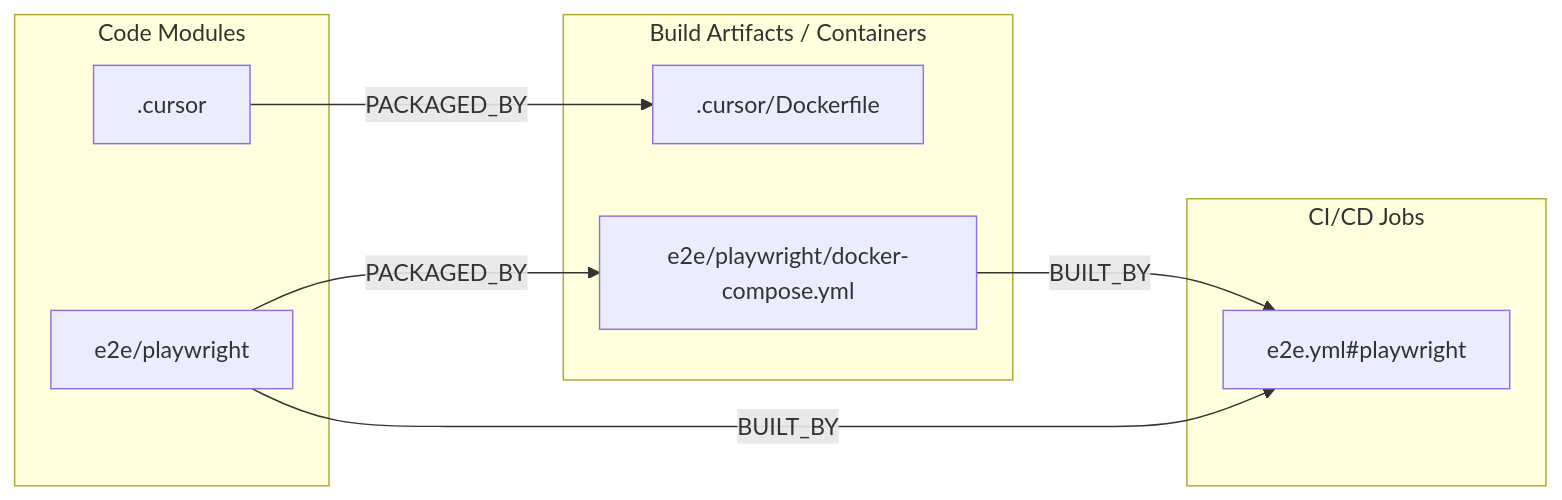
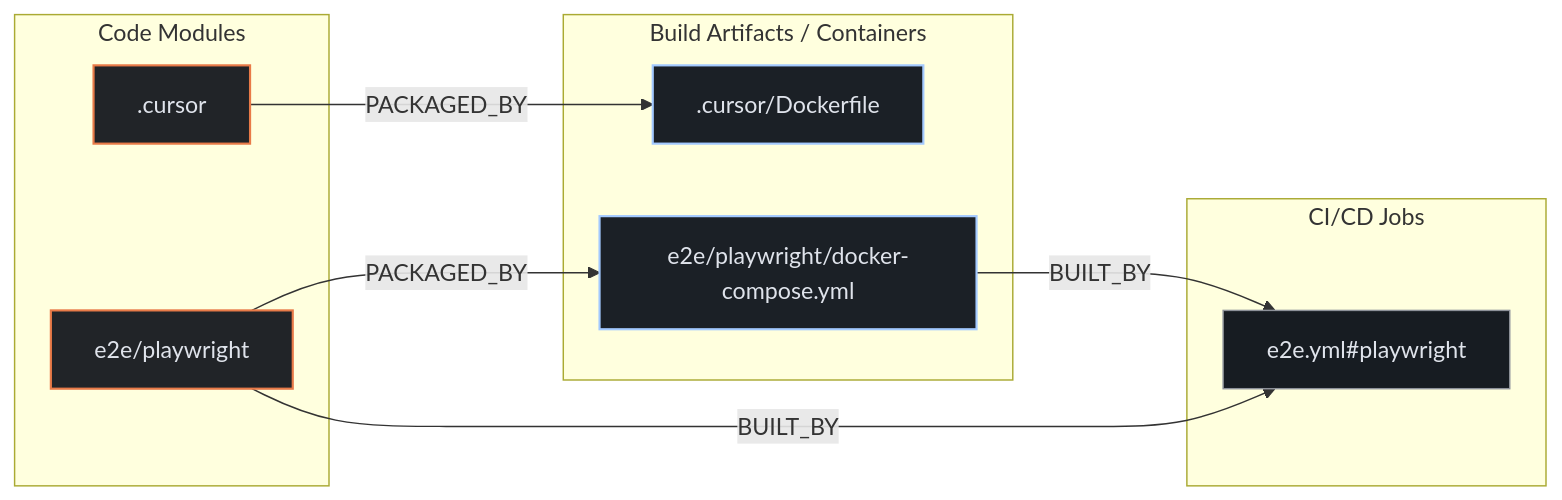
One commit to kumarshaz/atruss-code-atlas changed the second of 3 diagrams in exports/latest/reports/mattermost-mattermost-plugin-wrangler-report.md. Above: the diagram before and after it, drawn with Mermaid. The commit also changed other lines of this file and 331 other files, not shown here.

Commit message:
docs,ui,fix: update SDLC docs, reorder CI/CD DAG first, stylize Mermaid, and fix Arc42 pipeline topology

````diff
--- a/exports/latest/reports/mattermost-mattermost-plugin-wrangler-report.md
+++ b/exports/latest/reports/mattermost-mattermost-plugin-wrangler-report.md
@@ -112,18 +119,22 @@
 ```mermaid
 flowchart LR
+    classDef atlasCategory fill:#212428,stroke:#E87A48,stroke-width:1.5px,color:#dfe3eb
+    classDef atlasWorkflow fill:#1b2026,stroke:#a3c9ff,stroke-width:1.5px,color:#dfe3eb
+    classDef atlasJob fill:#171c22,stroke:#8d9199,stroke-width:1px,color:#dfe3eb
+    classDef atlasTarget fill:#005227,stroke:#8bd99b,stroke-width:1.5px,color:#a7f6b6
     subgraph code_modules["Code Modules"]
-        mod__cursor[".cursor"]
-        mod_e2e_playwright["e2e/playwright"]
+        mod__cursor[".cursor"]:::atlasCategory
+        mod_e2e_playwright["e2e/playwright"]:::atlasCategory
     end
     subgraph build_artifacts["Build Artifacts / Containers"]
-        art__cursor_Dockerfile[".cursor/Dockerfile"]
-        art_e2e_playwright_docker_compose_yml["e2e/playwright/docker-compose.yml"]
+        art__cursor_Dockerfile[".cursor/Dockerfile"]:::atlasWorkflow
+        art_e2e_playwright_docker_compose_yml["e2e/playwright/docker-compose.yml"]:::atlasWorkflow
     end
     subgraph ci_jobs["CI/CD Jobs"]
-        job_e2e_yml_playwright["e2e.yml#playwright"]
+        job_e2e_yml_playwright["e2e.yml#playwright"]:::atlasJob
     end
     mod__cursor -->|PACKAGED_BY| art__cursor_Dockerfile
     mod_e2e_playwright -->|BUILT_BY| job_e2e_yml_playwright
     mod_e2e_playwright -->|PACKAGED_BY| art_e2e_playwright_docker_compose_yml
     art_e2e_playwright_docker_compose_yml -->|BUILT_BY| job_e2e_yml_playwright
 ```
````
